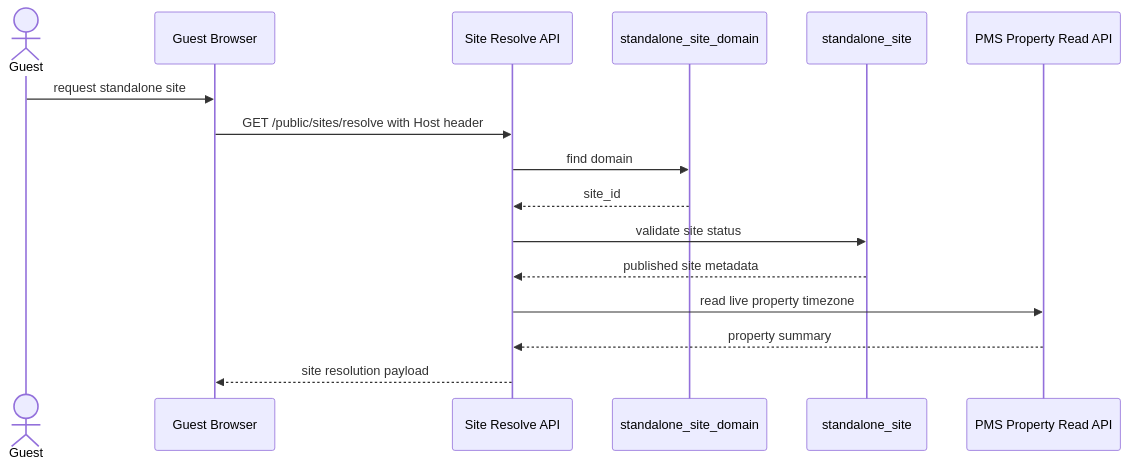
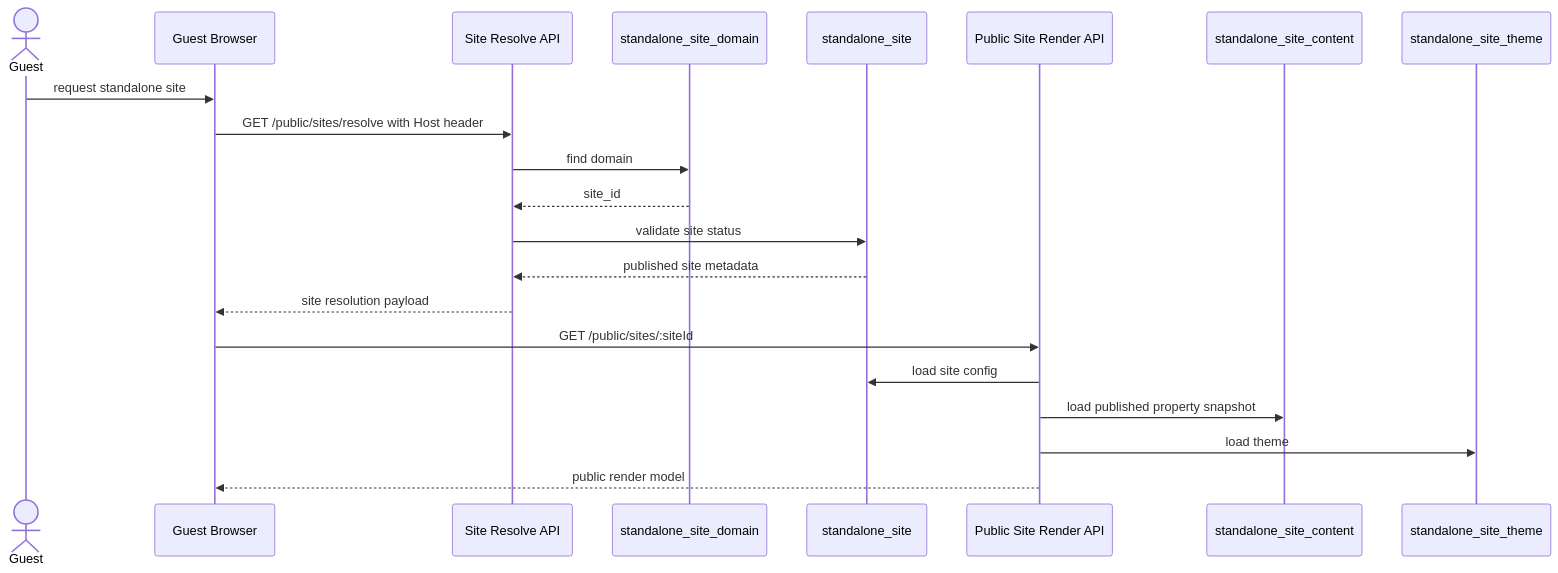
Before and after one commit to domits1/Domits: the sixth of 8 diagrams in docs/internal/apis/directbookingwebsite/standalone_property_site_design_pack.md, drawn with Mermaid. The commit also changed other lines of this file and 2 other files, not shown here.

Commit message:
docs(standalone-site): align v1 architecture docs with published snapshots and english-first locale

````diff
--- a/docs/internal/apis/directbookingwebsite/standalone_property_site_design_pack.md
+++ b/docs/internal/apis/directbookingwebsite/standalone_property_site_design_pack.md
@@ -831,19 +847,24 @@
 ```mermaid
 sequenceDiagram
     actor Guest
     participant Browser as Guest Browser
     participant ResolveAPI as Site Resolve API
     participant DomainTable as standalone_site_domain
     participant SiteTable as standalone_site
-    participant PMS as PMS Property Read API
+    participant RenderAPI as Public Site Render API
+    participant ContentTable as standalone_site_content
+    participant ThemeTable as standalone_site_theme
 
     Guest->>Browser: request standalone site
     Browser->>ResolveAPI: GET /public/sites/resolve with Host header
     ResolveAPI->>DomainTable: find domain
     DomainTable-->>ResolveAPI: site_id
     ResolveAPI->>SiteTable: validate site status
     SiteTable-->>ResolveAPI: published site metadata
-    ResolveAPI->>PMS: read live property timezone
-    PMS-->>ResolveAPI: property summary
     ResolveAPI-->>Browser: site resolution payload
+    Browser->>RenderAPI: GET /public/sites/:siteId
+    RenderAPI->>SiteTable: load site config
+    RenderAPI->>ContentTable: load published property snapshot
+    RenderAPI->>ThemeTable: load theme
+    RenderAPI-->>Browser: public render model
 ```
````
